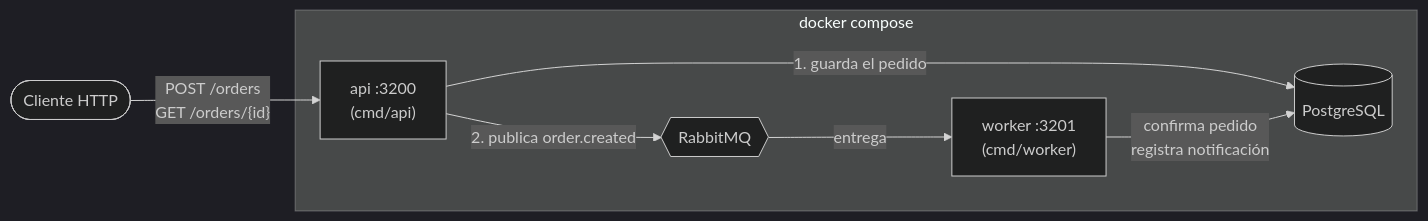
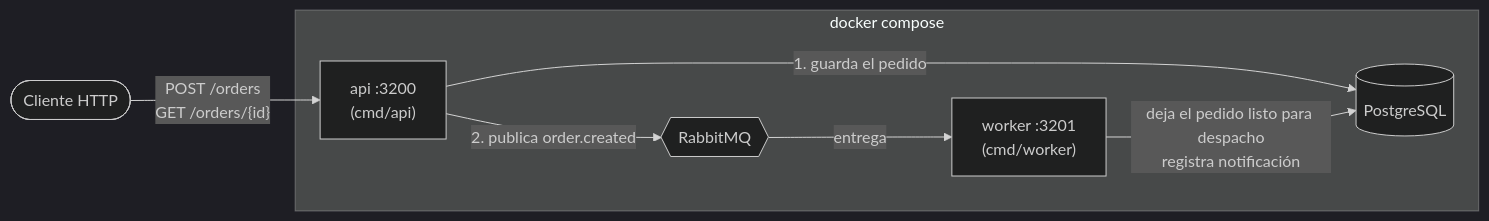
Before and after one commit to josemiguellopez/bootcamp_go_xintec: the first of 8 diagrams in docs/04-arquitectura.md, drawn with Mermaid (dark theme). The commit also changed other lines of this file and 11 other files, not shown here.

````diff
--- a/docs/04-arquitectura.md
+++ b/docs/04-arquitectura.md
@@ -8,16 +8,16 @@
 ```mermaid
 flowchart LR
     C([Cliente HTTP]) -->|"POST /orders<br/>GET /orders/{id}"| API
 
     subgraph docker["docker compose"]
       API["api :3200<br/>(cmd/api)"]
       W["worker :3201<br/>(cmd/worker)"]
       PG[("PostgreSQL")]
       MQ{{"RabbitMQ"}}
     end
 
     API -->|"1. guarda el pedido"| PG
     API -->|"2. publica order.created"| MQ
     MQ -->|entrega| W
-    W -->|"confirma pedido<br/>registra notificación"| PG
+    W -->|"deja el pedido listo para despacho<br/>registra notificación"| PG
 ```
````
